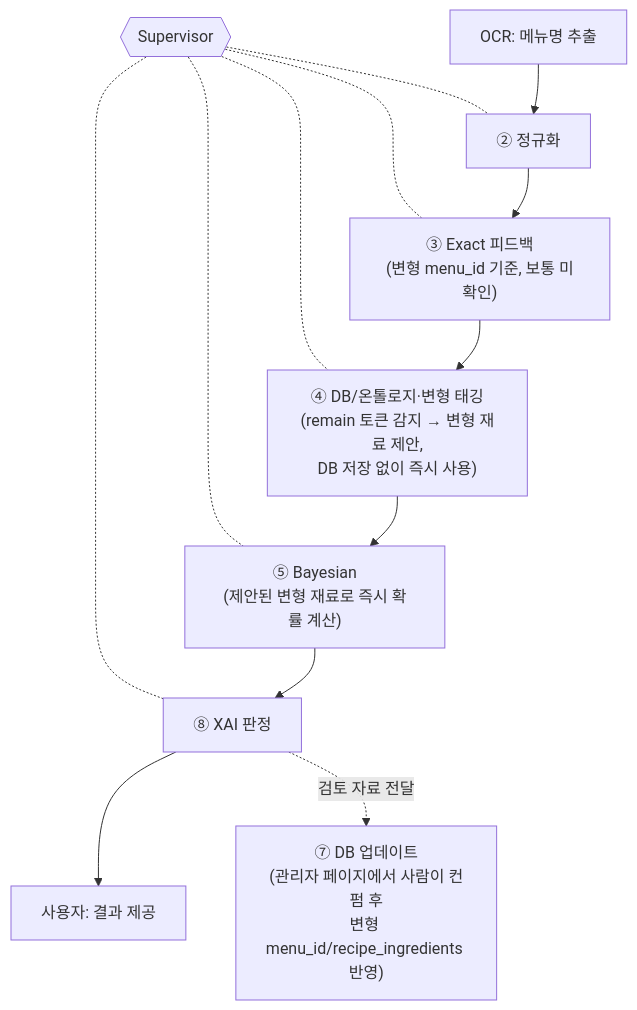
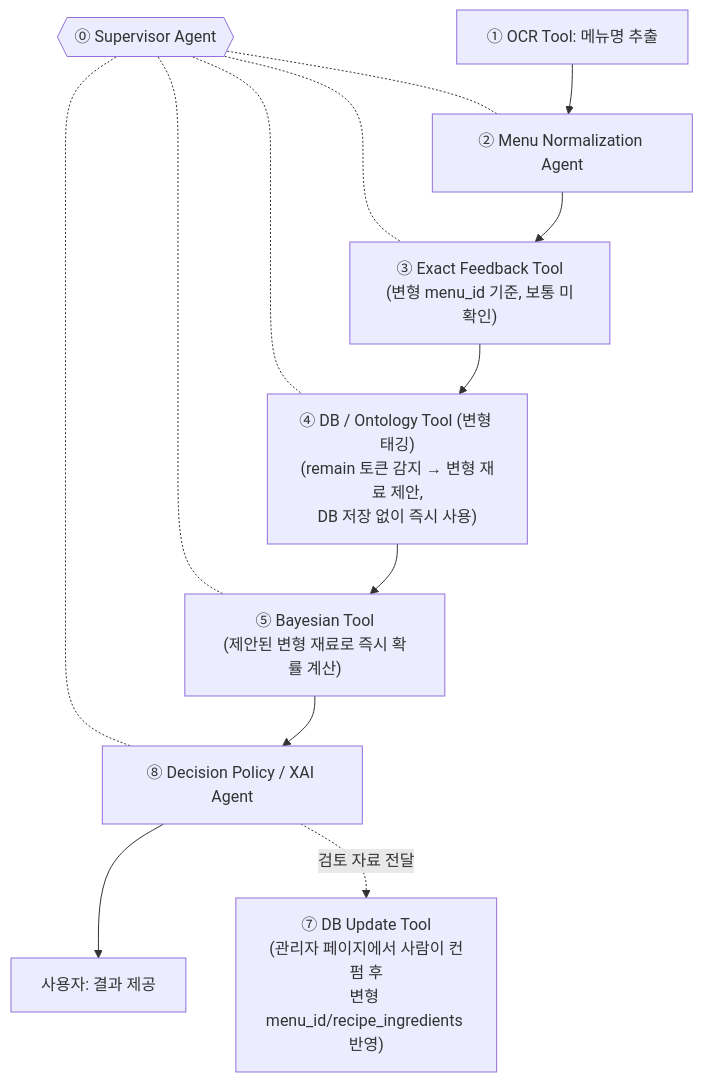
The fourth of 7 diagrams in docs/catoin-multi-agent-architecture.md (Han-Spoon/ai), drawn with Mermaid before and after one commit. The commit also changed other lines of this file and 13 other files, not shown here.

First line of the commit message:
docs: Agent·Tool 번호와 명칭을 PPT 기준으로 통일

````diff
--- a/docs/catoin-multi-agent-architecture.md
+++ b/docs/catoin-multi-agent-architecture.md
@@ -88,17 +89,17 @@
 ```mermaid
 flowchart TB
-    SUP{{Supervisor}}
+    SUP{{⓪ Supervisor Agent}}
     SUP -.- B
     SUP -.- C
     SUP -.- D
     SUP -.- E
     SUP -.- F
 
-    A[OCR: 메뉴명 추출] --> B[② 정규화]
-    B --> C["③ Exact 피드백\n(변형 menu_id 기준, 보통 미확인)"]
-    C --> D["④ DB/온톨로지·변형 태깅\n(remain 토큰 감지 → 변형 재료 제안,\nDB 저장 없이 즉시 사용)"]
-    D --> E["⑤ Bayesian\n(제안된 변형 재료로 즉시 확률 계산)"]
-    E --> F[⑧ XAI 판정]
+    A[① OCR Tool: 메뉴명 추출] --> B[② Menu Normalization Agent]
+    B --> C["③ Exact Feedback Tool\n(변형 menu_id 기준, 보통 미확인)"]
+    C --> D["④ DB / Ontology Tool (변형 태깅)\n(remain 토큰 감지 → 변형 재료 제안,\nDB 저장 없이 즉시 사용)"]
+    D --> E["⑤ Bayesian Tool\n(제안된 변형 재료로 즉시 확률 계산)"]
+    E --> F[⑧ Decision Policy / XAI Agent]
     F --> G[사용자: 결과 제공]
-    F -.검토 자료 전달.-> ADMIN["⑦ DB 업데이트\n(관리자 페이지에서 사람이 컨펌 후\n변형 menu_id/recipe_ingredients 반영)"]
+    F -.검토 자료 전달.-> ADMIN["⑦ DB Update Tool\n(관리자 페이지에서 사람이 컨펌 후\n변형 menu_id/recipe_ingredients 반영)"]
 ```
````
